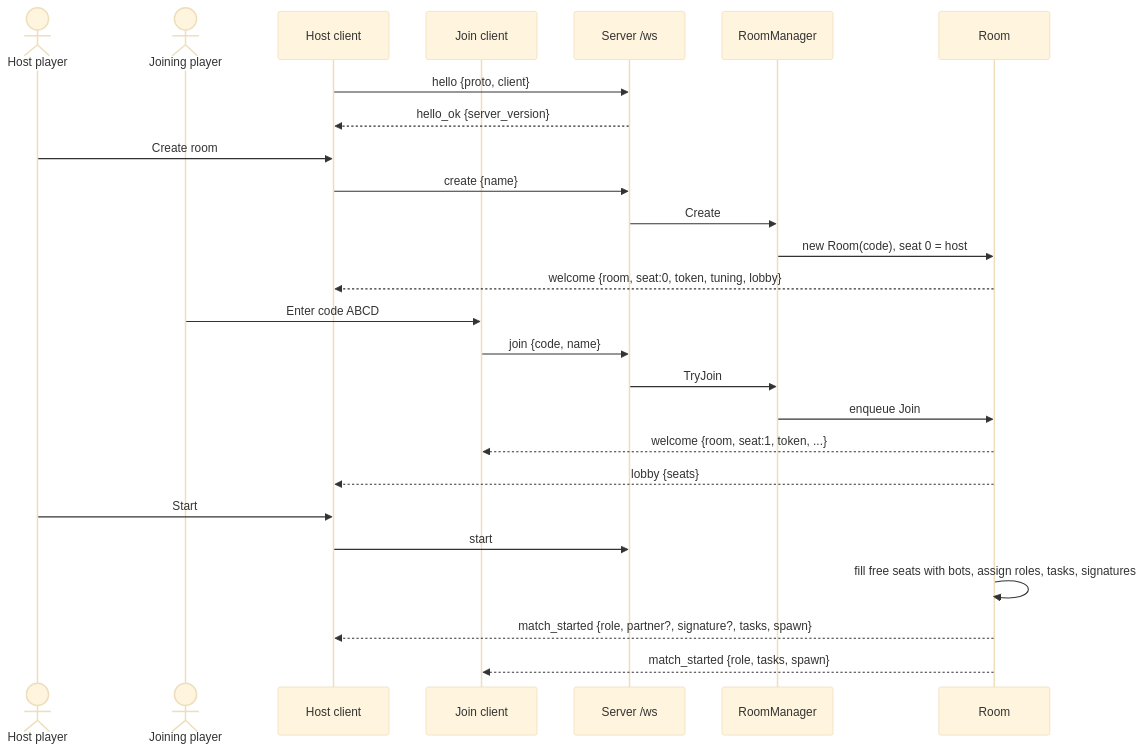
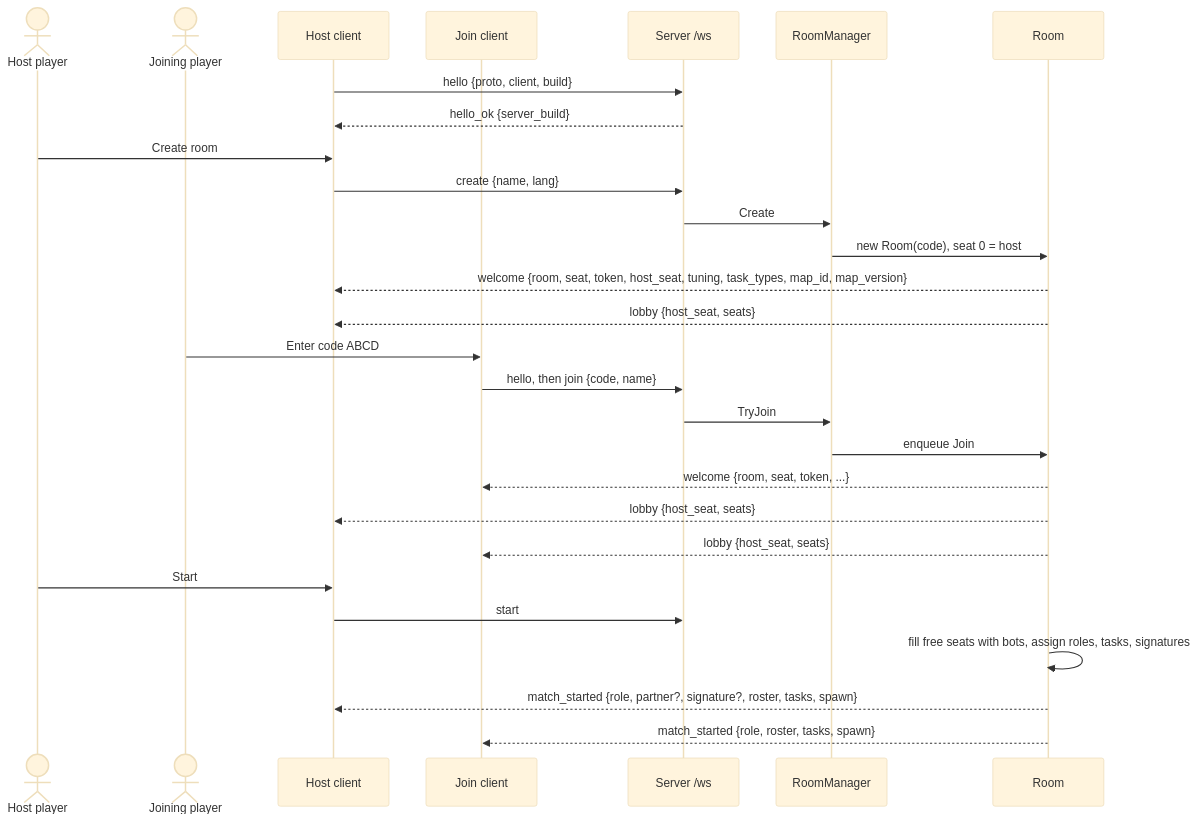
The first of 11 diagrams in docs/architecture/05-sequences.md (Faouzi-Blibech/EcoSus-Uncycled), drawn with Mermaid (base theme) before and after one commit. The commit also changed other lines of this file and 11 other files, not shown here.

Commit message:
docs: second design review (2026-11-14) for the architecture views and the design spec

````diff
--- a/docs/architecture/05-sequences.md
+++ b/docs/architecture/05-sequences.md
@@ -8,28 +8,30 @@
 ```mermaid
 sequenceDiagram
     actor H as Host player
     actor J as Joining player
     participant C1 as Host client
     participant C2 as Join client
     participant WS as Server /ws
     participant RM as RoomManager
     participant R as Room
-    C1->>WS: hello {proto, client}
-    WS-->>C1: hello_ok {server_version}
+    C1->>WS: hello {proto, client, build}
+    WS-->>C1: hello_ok {server_build}
     H->>C1: Create room
-    C1->>WS: create {name}
+    C1->>WS: create {name, lang}
     WS->>RM: Create
     RM->>R: new Room(code), seat 0 = host
-    R-->>C1: welcome {room, seat:0, token, tuning, lobby}
+    R-->>C1: welcome {room, seat, token, host_seat, tuning, task_types, map_id, map_version}
+    R-->>C1: lobby {host_seat, seats}
     J->>C2: Enter code ABCD
-    C2->>WS: join {code, name}
+    C2->>WS: hello, then join {code, name}
     WS->>RM: TryJoin
     RM->>R: enqueue Join
-    R-->>C2: welcome {room, seat:1, token, ...}
-    R-->>C1: lobby {seats}
+    R-->>C2: welcome {room, seat, token, ...}
+    R-->>C1: lobby {host_seat, seats}
+    R-->>C2: lobby {host_seat, seats}
     H->>C1: Start
     C1->>WS: start
     R->>R: fill free seats with bots, assign roles, tasks, signatures
-    R-->>C1: match_started {role, partner?, signature?, tasks, spawn}
-    R-->>C2: match_started {role, tasks, spawn}
+    R-->>C1: match_started {role, partner?, signature?, roster, tasks, spawn}
+    R-->>C2: match_started {role, roster, tasks, spawn}
 ```
````
